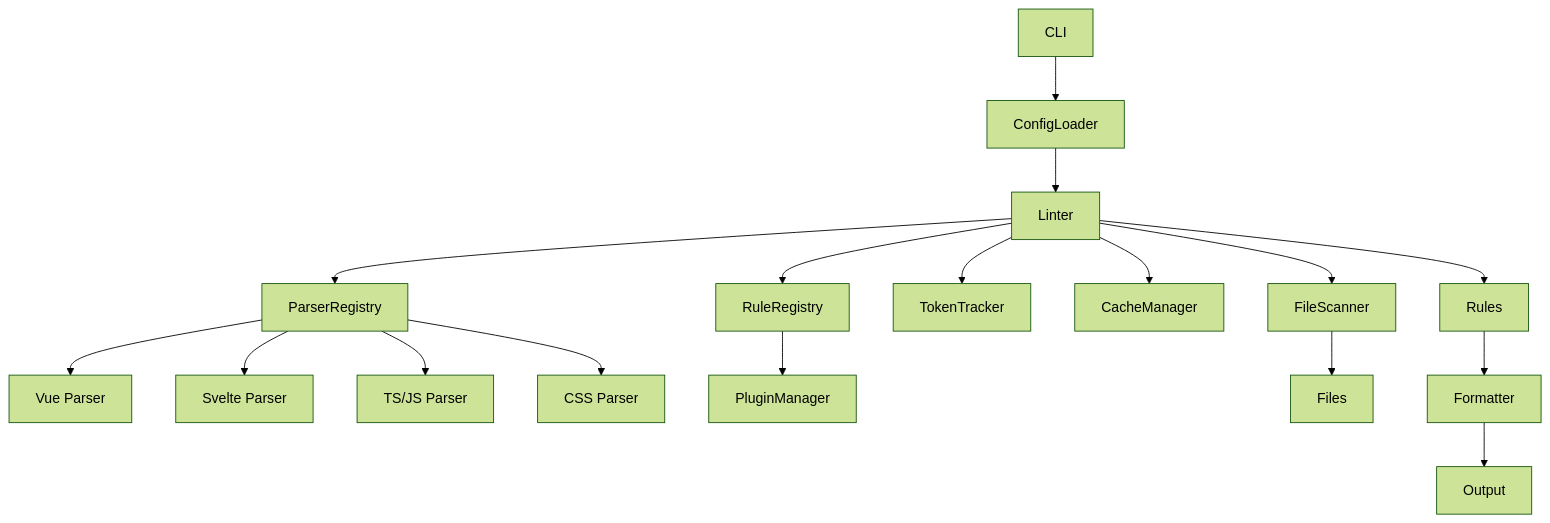
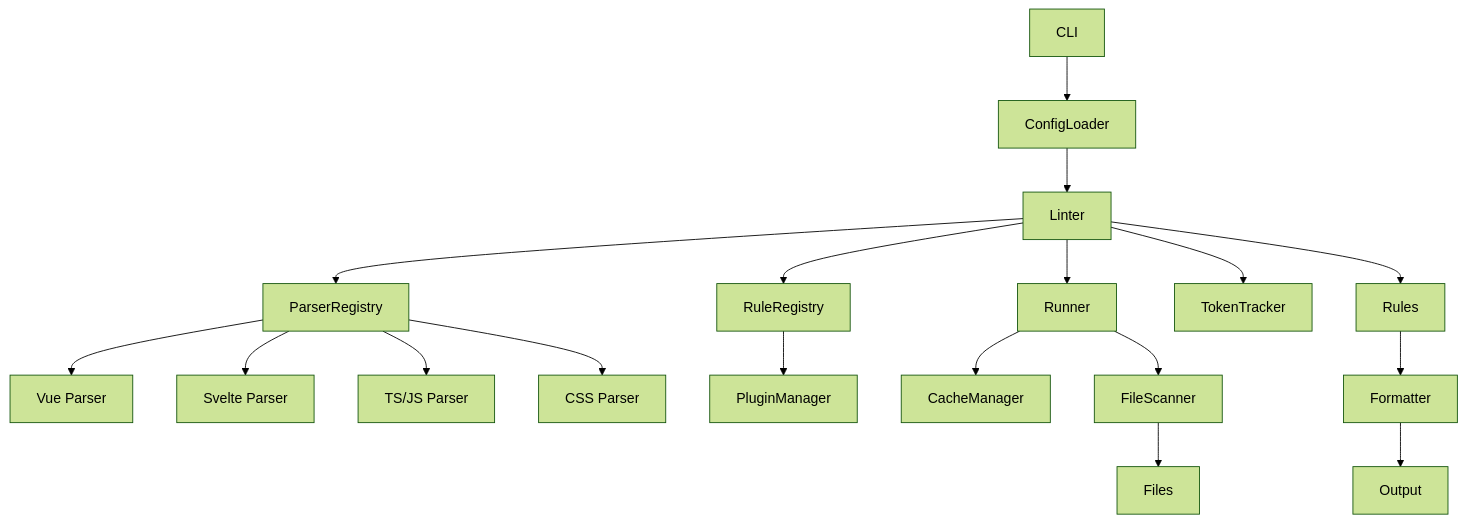
One commit to bylapidist/design-lint changed the diagram in docs/architecture.md. Above: the diagram before and after it, drawn with Mermaid (forest theme). The commit also changed other lines of this file and 7 other files, not shown here.

````diff
--- a/docs/architecture.md
+++ b/docs/architecture.md
@@ -5,19 +5,20 @@
 ```mermaid
 flowchart TD
   CLI[CLI] --> ConfigLoader
   ConfigLoader --> Linter
+  Linter --> Runner
   Linter --> RuleRegistry
   Linter --> ParserRegistry
   ParserRegistry --> VueParser[Vue Parser]
   ParserRegistry --> SvelteParser[Svelte Parser]
   ParserRegistry --> TSParser[TS/JS Parser]
   ParserRegistry --> CSSParser[CSS Parser]
   Linter --> TokenTracker
-  Linter --> CacheManager
   RuleRegistry --> PluginManager
-  Linter --> FileScanner
+  Runner --> CacheManager
+  Runner --> FileScanner
   FileScanner --> Files
   Linter --> Rules
   Rules --> Formatter
   Formatter --> Output
 ```
````
